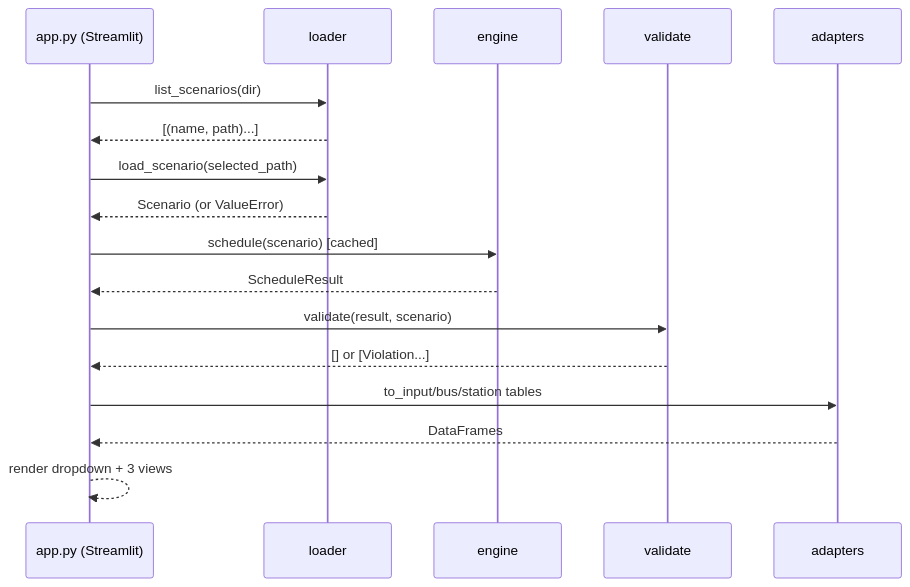
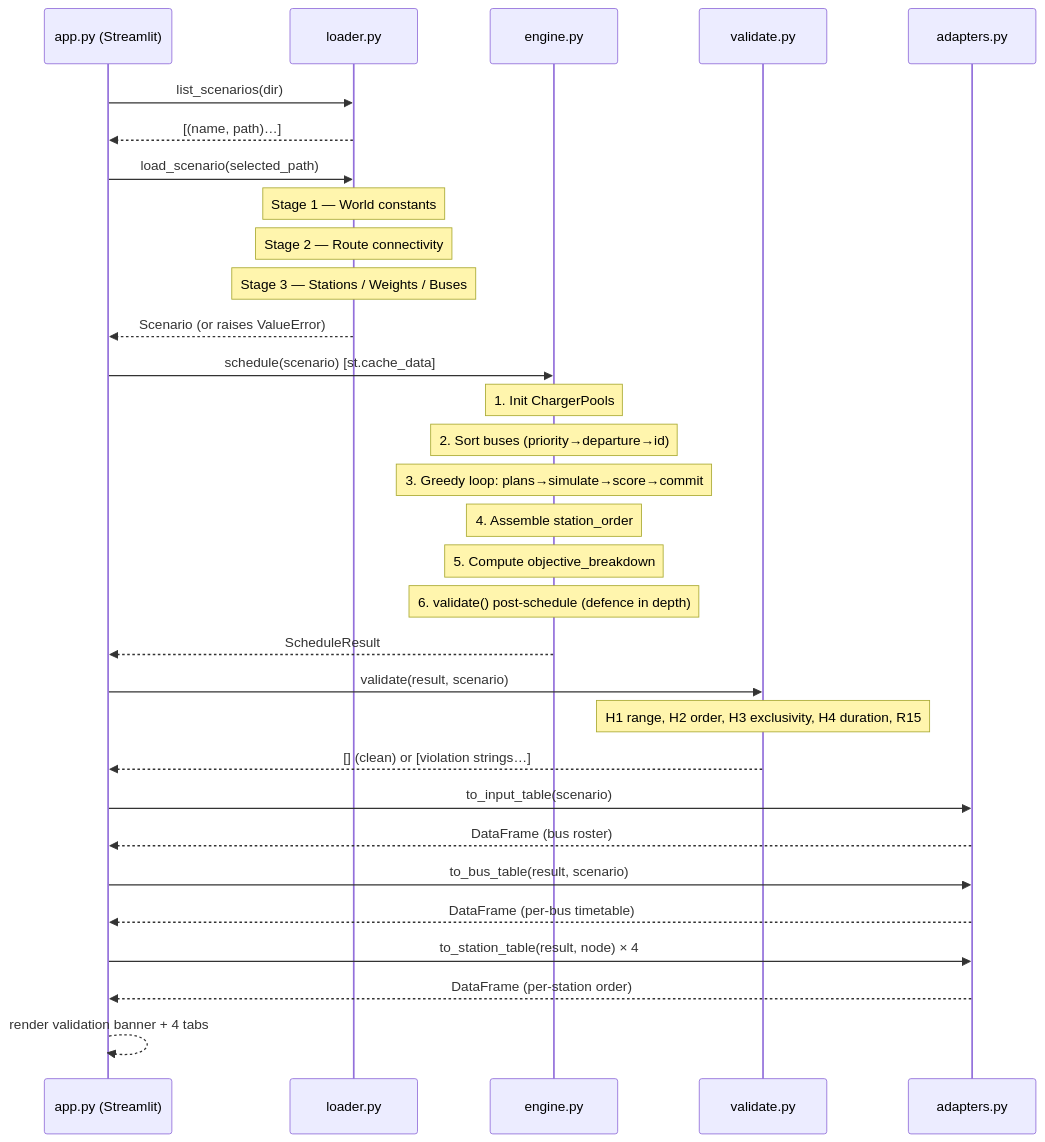
Before and after one commit to RhythmItaliya/Bus-charging-scheduler: the diagram in docs/04-api-contracts/diagrams/api-interaction.md, drawn with Mermaid. The commit also changed other lines of this file and 8 other files, not shown here.

First line of the commit message:
docs: major update to README, ARCHITECTURE, and all engineering doc sections

````diff
--- a/docs/04-api-contracts/diagrams/api-interaction.md
+++ b/docs/04-api-contracts/diagrams/api-interaction.md
@@ -3,19 +3,39 @@
 ```mermaid
 sequenceDiagram
-    participant UI as app.py (Streamlit)
-    participant L as loader
-    participant E as engine
-    participant V as validate
-    participant A as adapters
+    participant UI  as app.py (Streamlit)
+    participant L   as loader.py
+    participant E   as engine.py
+    participant V   as validate.py
+    participant A   as adapters.py
+
     UI->>L: list_scenarios(dir)
-    L-->>UI: [(name, path)...]
+    L-->>UI: [(name, path)…]
+
     UI->>L: load_scenario(selected_path)
-    L-->>UI: Scenario (or ValueError)
-    UI->>E: schedule(scenario)  [cached]
+    Note over L: Stage 1 — World constants
+    Note over L: Stage 2 — Route connectivity
+    Note over L: Stage 3 — Stations / Weights / Buses
+    L-->>UI: Scenario (or raises ValueError)
+
+    UI->>E: schedule(scenario)  [st.cache_data]
+    Note over E: 1. Init ChargerPools
+    Note over E: 2. Sort buses (priority→departure→id)
+    Note over E: 3. Greedy loop: plans→simulate→score→commit
+    Note over E: 4. Assemble station_order
+    Note over E: 5. Compute objective_breakdown
+    Note over E: 6. validate() post-schedule (defence in depth)
     E-->>UI: ScheduleResult
+
     UI->>V: validate(result, scenario)
-    V-->>UI: [] or [Violation...]
-    UI->>A: to_input/bus/station tables
-    A-->>UI: DataFrames
-    UI-->>UI: render dropdown + 3 views
+    Note over V: H1 range, H2 order, H3 exclusivity, H4 duration, R15
+    V-->>UI: [] (clean) or [violation strings…]
+
+    UI->>A: to_input_table(scenario)
+    A-->>UI: DataFrame (bus roster)
+    UI->>A: to_bus_table(result, scenario)
+    A-->>UI: DataFrame (per-bus timetable)
+    UI->>A: to_station_table(result, node) × 4
+    A-->>UI: DataFrame (per-station order)
+
+    UI-->>UI: render validation banner + 4 tabs
 ```
````
